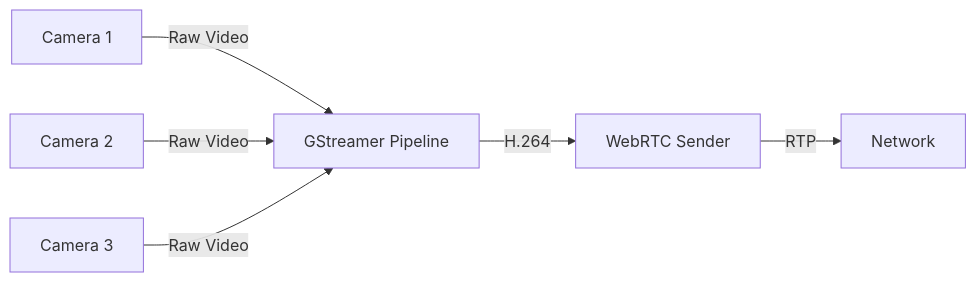
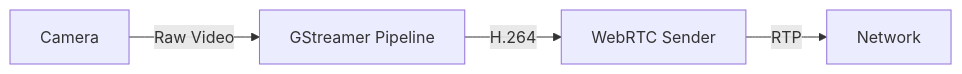
One commit to Arsen-Robotics/bigfootbot changed the third of 4 diagrams in docker/web/webrtc_video/README.md. Above: the diagram before and after it, drawn with Mermaid. The commit also changed other lines of this file and 1 other file, not shown here.

Commit message:
updated readme for webrtc_video

````diff
--- a/docker/web/webrtc_video/README.md
+++ b/docker/web/webrtc_video/README.md
@@ -48,8 +47,6 @@
 ```mermaid
 graph LR
-    A[Camera 1] -->|Raw Video| B[GStreamer Pipeline]
-    C[Camera 2] -->|Raw Video| B
-    D[Camera 3] -->|Raw Video| B
-    B -->|H.264| E[WebRTC Sender]
-    E -->|RTP| F[Network]
+    A[Camera] -->|Raw Video| B[GStreamer Pipeline]
+    B -->|H.264| C[WebRTC Sender]
+    C -->|RTP| D[Network]
 ```
````
